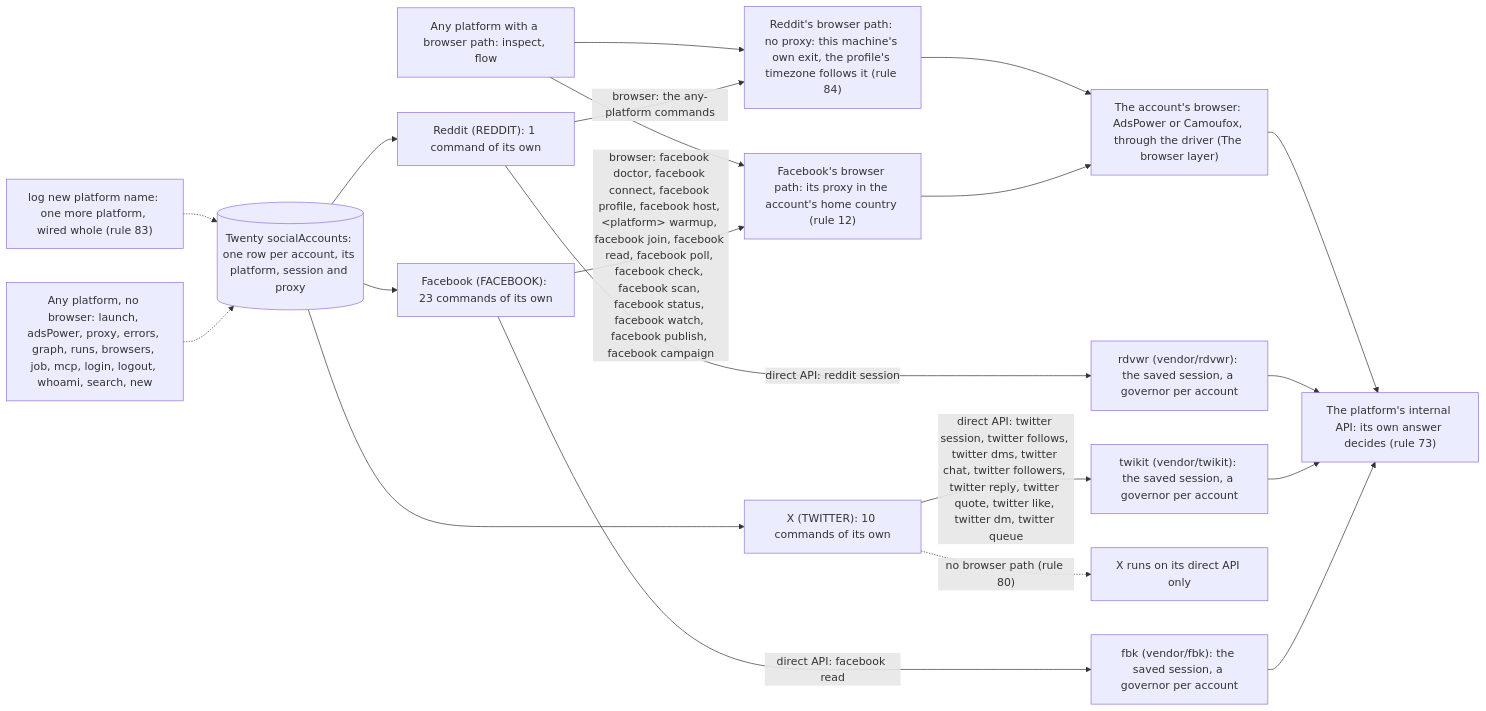
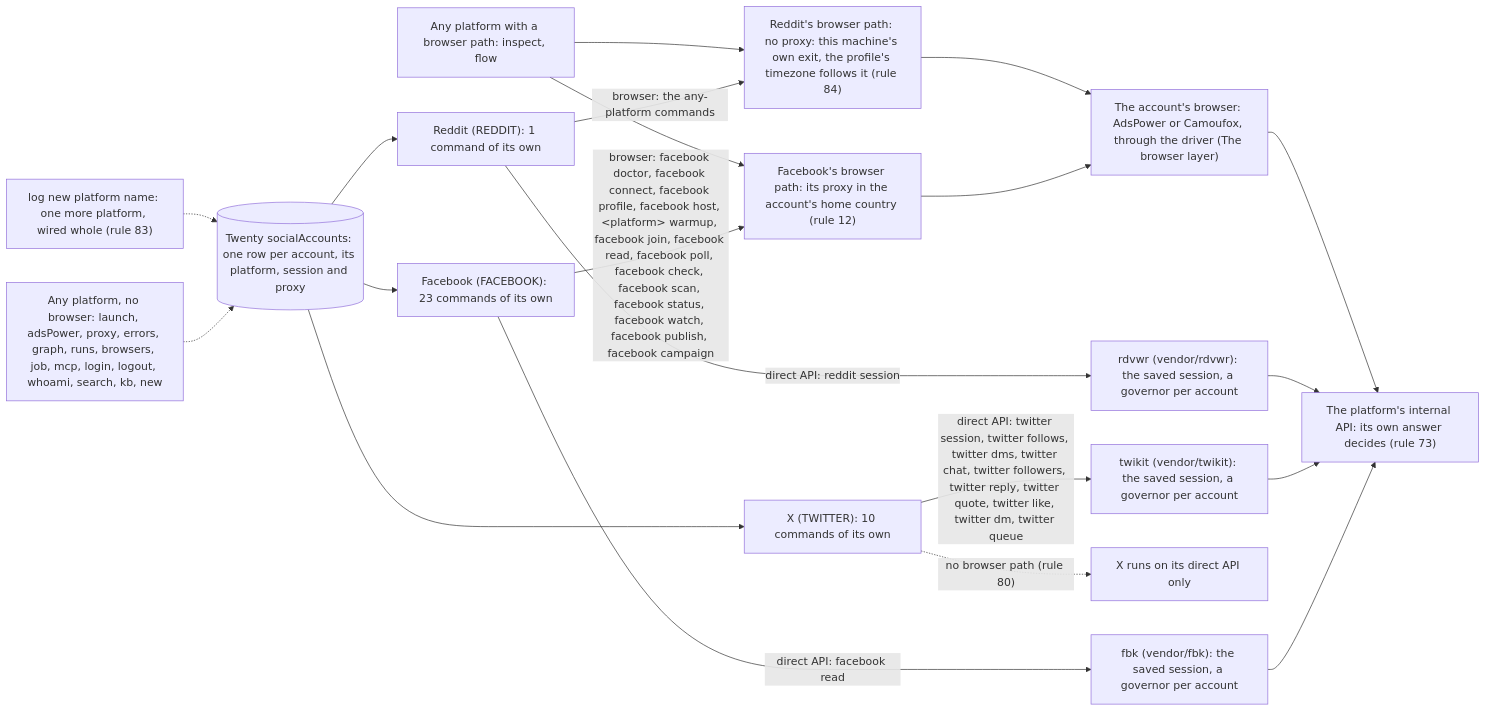
One commit to matthewdonsemail-lab/log changed the first of 6 diagrams in README.md. Above: the diagram before and after it, drawn with Mermaid. The commit also changed other lines of this file and 27 other files, not shown here.

````diff
--- a/README.md
+++ b/README.md
@@ -126,30 +126,30 @@
 ```mermaid
 flowchart LR
   twenty[("Twenty socialAccounts: one row per account, its platform, session and proxy")]
   api["The platform's internal API: its own answer decides (rule 73)"]
   drivers["The account's browser: AdsPower or Camoufox, through the driver (The browser layer)"]
   p_facebook["Facebook (FACEBOOK): 23 commands of its own"]
   twenty --> p_facebook
   p_facebook -->|"direct API: facebook read"| e_fbk["fbk (vendor/fbk): the saved session, a governor per account"]
   e_fbk --> api
   p_facebook -->|"browser: facebook doctor, facebook connect, facebook profile, facebook host, #lt;platform#gt; warmup, facebook join, facebook read, facebook poll, facebook check, facebook scan, facebook status, facebook watch, facebook publish, facebook campaign"| b_facebook["Facebook's browser path: its proxy in the account's home country (rule 12)"]
   b_facebook --> drivers
   p_twitter["X (TWITTER): 10 commands of its own"]
   twenty --> p_twitter
   p_twitter -->|"direct API: twitter session, twitter follows, twitter dms, twitter chat, twitter followers, twitter reply, twitter quote, twitter like, twitter dm, twitter queue"| e_twikit["twikit (vendor/twikit): the saved session, a governor per account"]
   e_twikit --> api
   p_twitter -.->|"no browser path (rule 80)"| nob_twitter["X runs on its direct API only"]
   p_reddit["Reddit (REDDIT): 1 command of its own"]
   twenty --> p_reddit
   p_reddit -->|"direct API: reddit session"| e_rdvwr["rdvwr (vendor/rdvwr): the saved session, a governor per account"]
   e_rdvwr --> api
   p_reddit -->|"browser: the any-platform commands"| b_reddit["Reddit's browser path: no proxy: this machine's own exit, the profile's timezone follows it (rule 84)"]
   b_reddit --> drivers
   anyB["Any platform with a browser path: inspect, flow"]
   anyB --> b_facebook
   anyB --> b_reddit
-  anyN["Any platform, no browser: launch, adsPower, proxy, errors, graph, runs, browsers, job, mcp, login, logout, whoami, search, new"]
+  anyN["Any platform, no browser: launch, adsPower, proxy, errors, graph, runs, browsers, job, mcp, login, logout, whoami, search, kb, new"]
   anyN -.-> twenty
   newP["log new platform name: one more platform, wired whole (rule 83)"] -.-> twenty
   drivers --> api
 ```
````
